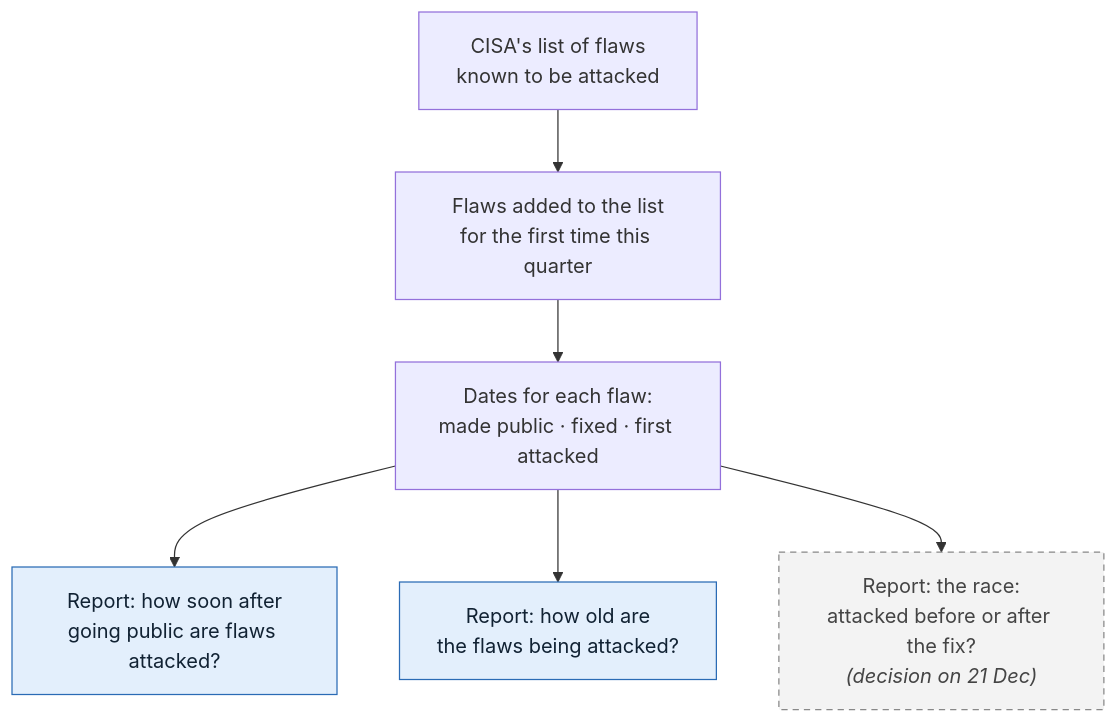
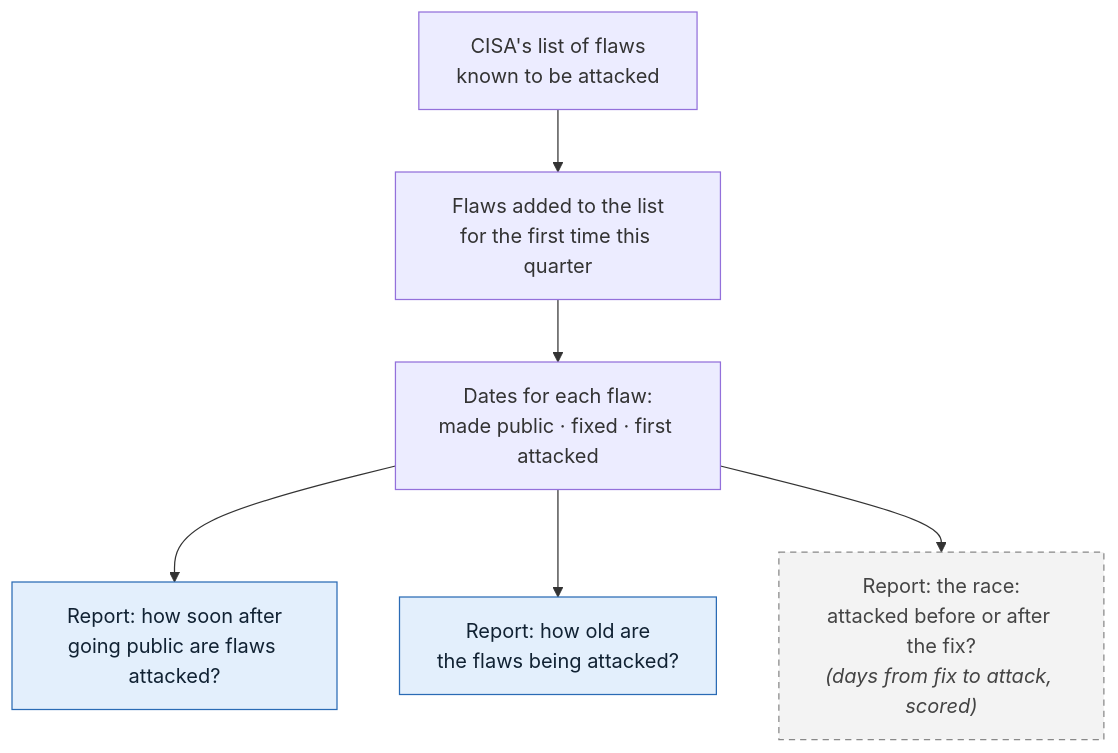
One commit to pagagne/internet-security-snapshot changed the diagram in docs/diagrams/track_b.mmd. Above: the diagram before and after it, drawn with Mermaid. The commit also changed 10 other files, not shown here.

First line of the commit message:
Race measure decided (author, 23 Oct): option (a) for days from fix to first attack, zero-day share stays exploratory (X10) until a year of data; deviation logged; decision items 0 and 7, T1 paper, Track B, decision tree, calendar and build plan updated

```diff
--- a/docs/diagrams/track_b.mmd
+++ b/docs/diagrams/track_b.mmd
@@ -1,10 +1,10 @@
 flowchart TD
   B1["CISA's list of flaws<br/>known to be attacked"] --> B2["Flaws added to the list<br/>for the first time this quarter"]
   B2 --> B3["Dates for each flaw:<br/>made public · fixed · first attacked"]
   B3 --> B4["Report: how soon after<br/>going public are flaws attacked?"]
   B3 --> B5["Report: how old are<br/>the flaws being attacked?"]
-  B3 --> B6["Report: the race:<br/>attacked before or after the fix?<br/><i>(decision on 21 Dec)</i>"]
+  B3 --> B6["Report: the race:<br/>attacked before or after the fix?<br/><i>(days from fix to attack, scored)</i>"]
   classDef out fill:#e3effc,stroke:#2a6bb5,color:#123
   classDef open fill:#f3f3f3,stroke:#888,stroke-dasharray:5 4,color:#444
   class B4,B5 out
   class B6 open
```
